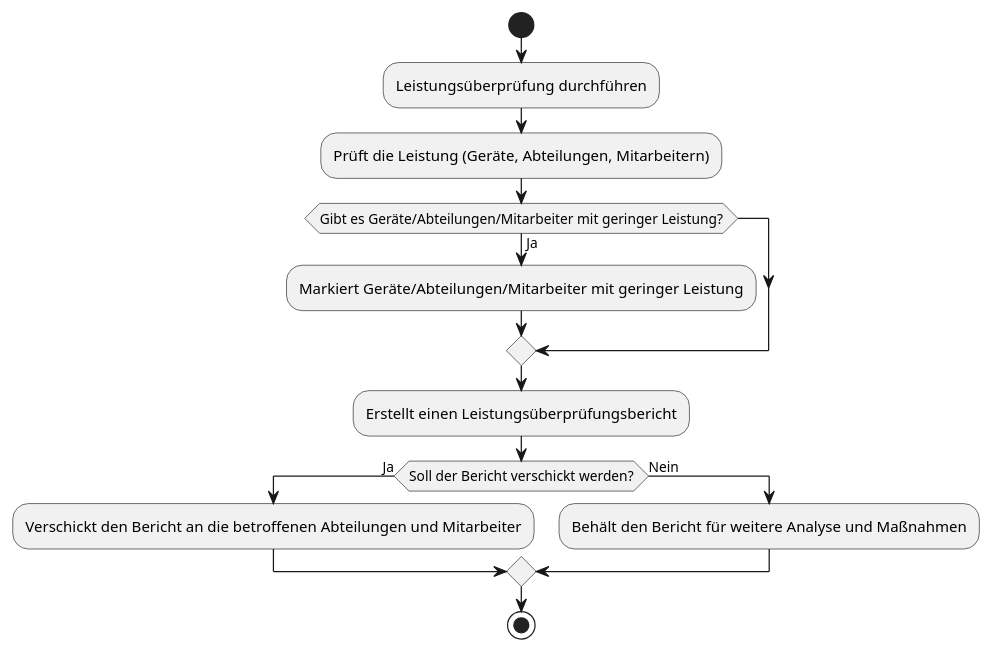
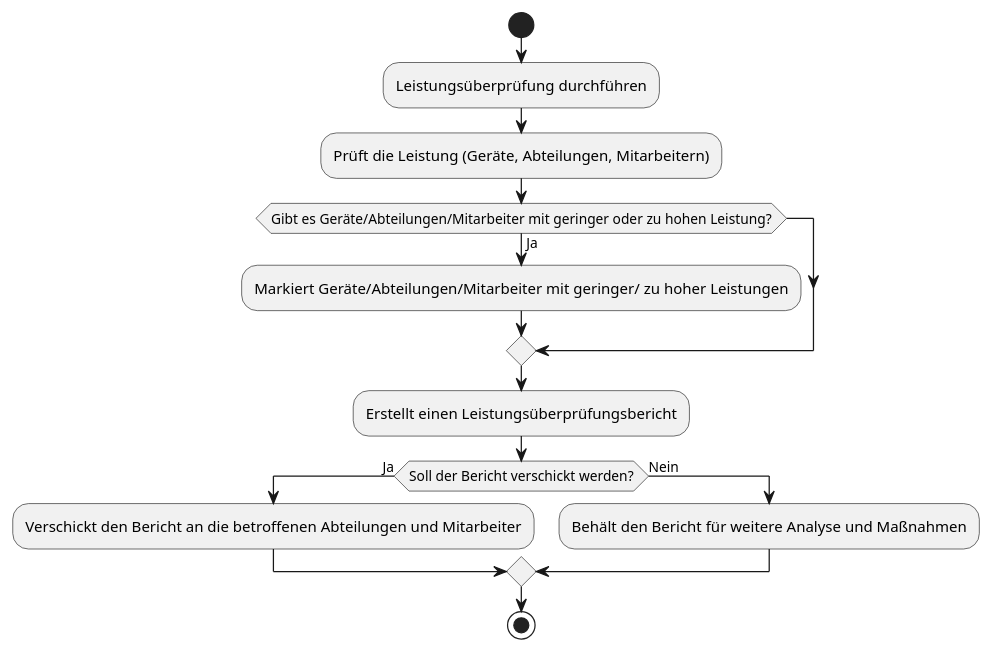
One commit to helenlaible/ss23-kba-project changed diagram 15 of 16 in docs/2_planning/3_activity_diagrams.md. Above: the diagram before and after it, drawn with PlantUML.

````diff
--- a/docs/2_planning/3_activity_diagrams.md
+++ b/docs/2_planning/3_activity_diagrams.md
@@ -482,23 +482,23 @@
 ```plantuml Leistungsüberprüfung
 @startuml
 
 start
 
 :Leistungsüberprüfung durchführen;
 
 :Prüft die Leistung (Geräte, Abteilungen, Mitarbeitern);
-if (Gibt es Geräte/Abteilungen/Mitarbeiter mit geringer Leistung?) then (Ja)
-  :Markiert Geräte/Abteilungen/Mitarbeiter mit geringer Leistung;
+if (Gibt es Geräte/Abteilungen/Mitarbeiter mit geringer oder zu hohen Leistung?) then (Ja)
+  :Markiert Geräte/Abteilungen/Mitarbeiter mit geringer/ zu hoher Leistungen;
 endif
 
 :Erstellt einen Leistungsüberprüfungsbericht;
 
 if (Soll der Bericht verschickt werden?) then (Ja)
   :Verschickt den Bericht an die betroffenen Abteilungen und Mitarbeiter;
 else (Nein)
   :Behält den Bericht für weitere Analyse und Maßnahmen;
 endif
 
 stop
 @enduml
 ```
````
